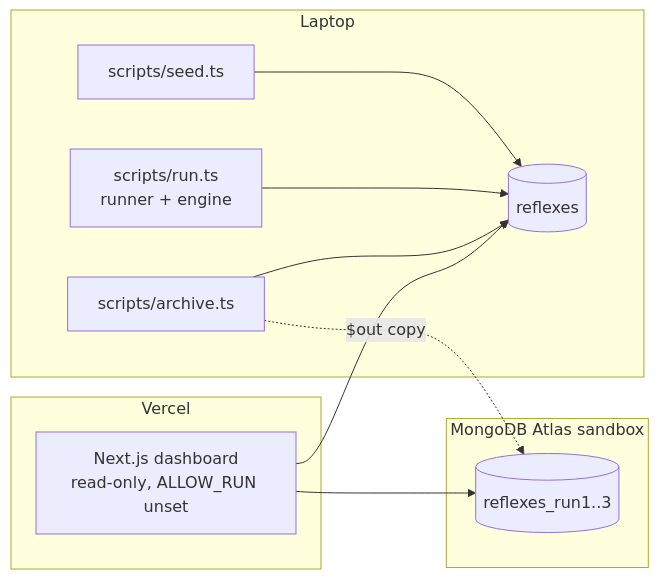
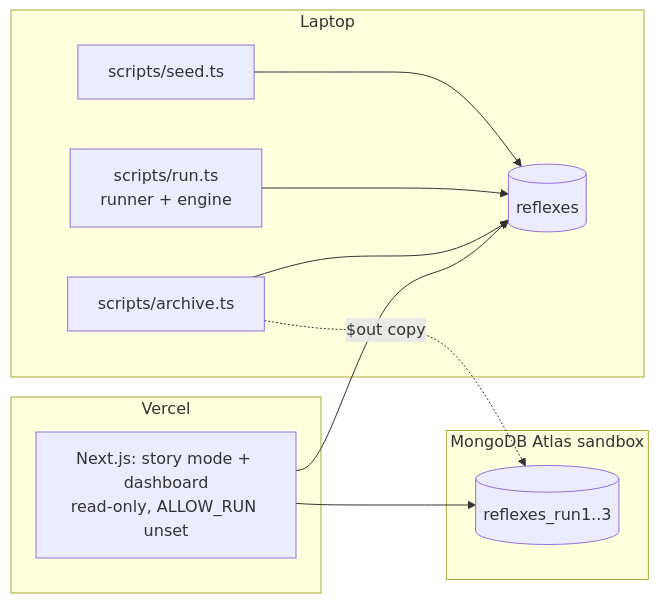
Before and after one commit to Amey771/reflexes: the fourth of 4 diagrams in docs/HLD.md, drawn with Mermaid. The commit also changed other lines of this file and 3 other files, not shown here.

Commit message:
Docs: story mode and /details routes, System 2 model in LLD, DEMO.md pointers

````diff
--- a/docs/HLD.md
+++ b/docs/HLD.md
@@ -116,18 +116,18 @@
 ```mermaid
 flowchart LR
   subgraph Laptop
     SEED[scripts/seed.ts] --> DB
     RUN[scripts/run.ts<br/>runner + engine] --> DB
     ARC[scripts/archive.ts] --> DB
   end
   subgraph Atlas[MongoDB Atlas sandbox]
     DB[(reflexes)]
     ARCH[(reflexes_run1..3)]
   end
   ARC -. $out copy .-> ARCH
   subgraph Vercel
-    APP[Next.js dashboard<br/>read-only, ALLOW_RUN unset]
+    APP[Next.js: story mode + dashboard<br/>read-only, ALLOW_RUN unset]
   end
   APP --> DB
   APP --> ARCH
 ```
````
